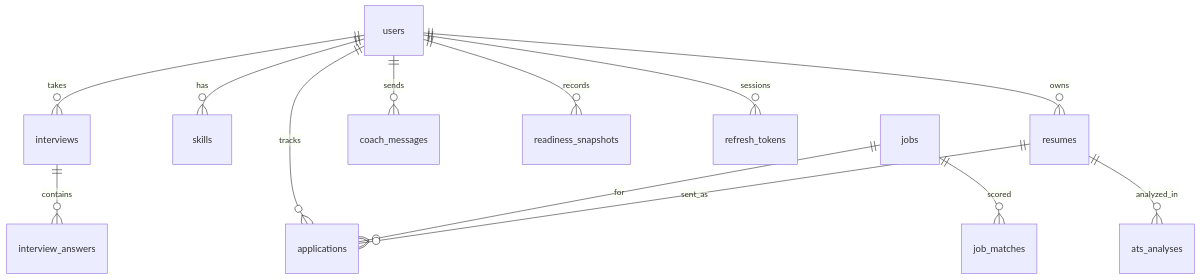
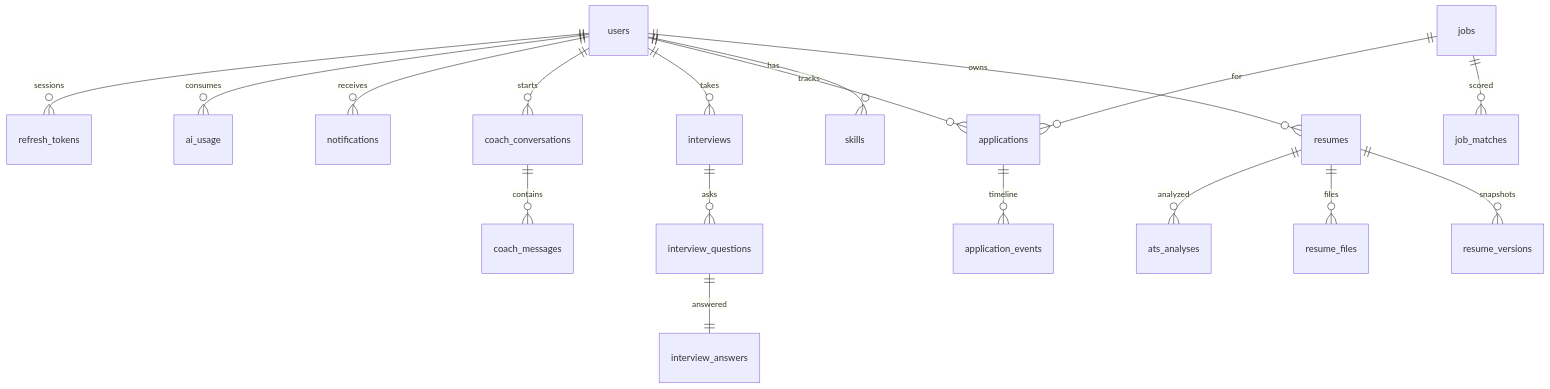
The diagram in database/README.md (Losomon/ai-resume-interview), drawn with Mermaid before and after one commit. The commit also changed other lines of this file, not shown here.

Commit message:
git commit -m "Update README.md with new database schema information"

````diff
--- a/database/README.md
+++ b/database/README.md
@@ -45,15 +27,20 @@
 ```mermaid
 erDiagram
   users ||--o{ resumes : owns
   users ||--o{ skills : has
+  users ||--o{ applications : tracks
   users ||--o{ interviews : takes
-  users ||--o{ applications : tracks
-  users ||--o{ coach_messages : sends
-  users ||--o{ readiness_snapshots : records
+  users ||--o{ coach_conversations : starts
+  users ||--o{ notifications : receives
+  users ||--o{ ai_usage : consumes
   users ||--o{ refresh_tokens : sessions
-  resumes ||--o{ ats_analyses : analyzed_in
-  interviews ||--o{ interview_answers : contains
+  resumes ||--o{ resume_versions : snapshots
+  resumes ||--o{ resume_files : files
+  resumes ||--o{ ats_analyses : analyzed
   jobs ||--o{ job_matches : scored
   jobs ||--o{ applications : for
-  resumes ||--o{ applications : sent_as
+  applications ||--o{ application_events : timeline
+  interviews ||--o{ interview_questions : asks
+  interview_questions ||--|| interview_answers : answered
+  coach_conversations ||--o{ coach_messages : contains
 ```
````
